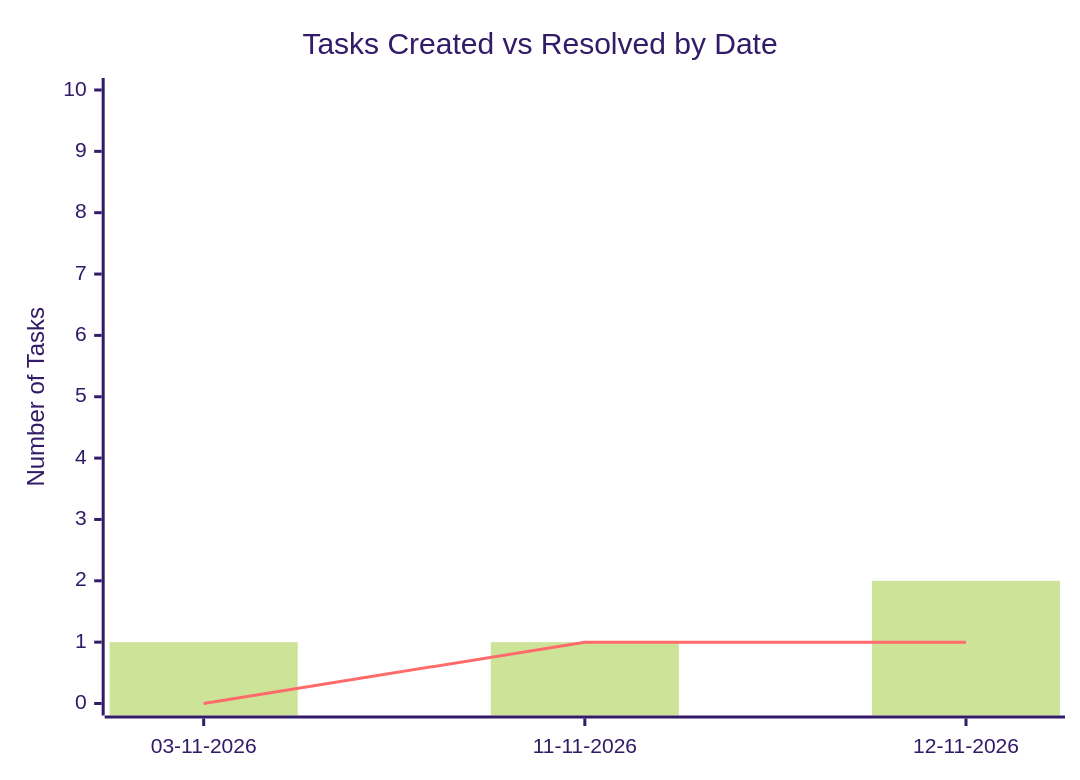
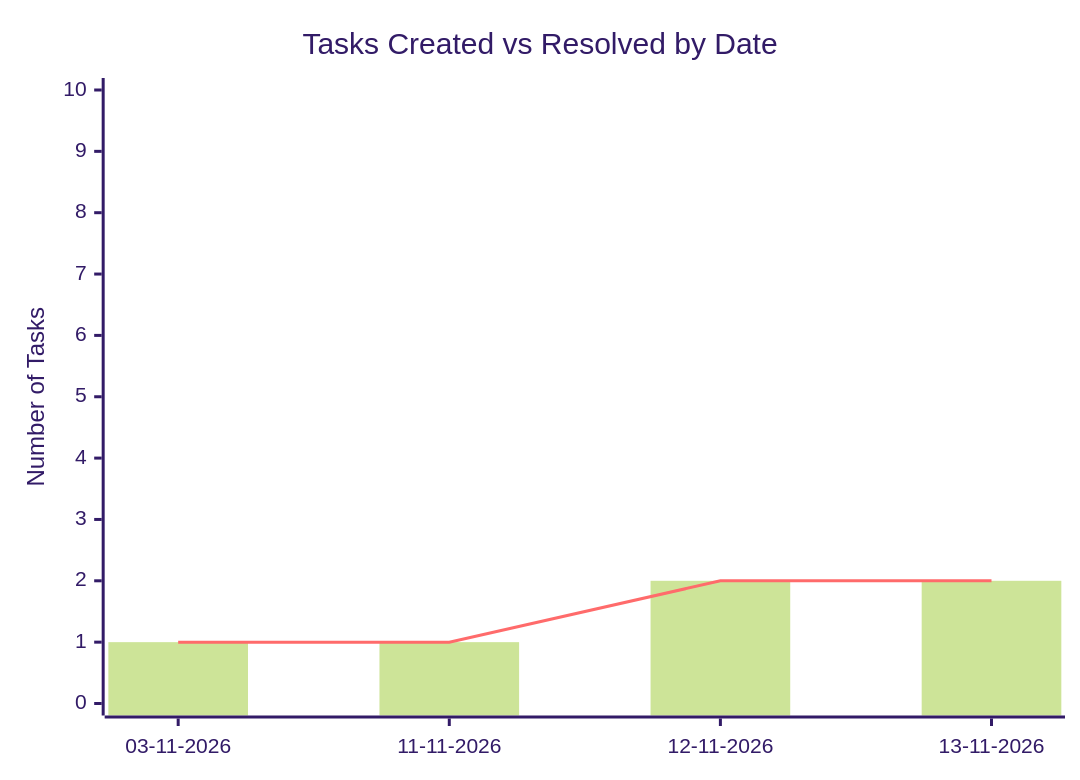
One commit to sagarms97/MyWorkDairy changed the second of 2 diagrams in Koha/Analytics.md. Above: the diagram before and after it, drawn with Mermaid (forest theme). The commit also changed other lines of this file and 4 other files, not shown here.

````diff
--- a/Koha/Analytics.md
+++ b/Koha/Analytics.md
@@ -26,8 +27,8 @@
 ```mermaid
 xychart-beta
     title "Tasks Created vs Resolved by Date"
-    x-axis ["03-11-2026", "11-11-2026", "12-11-2026"]
+    x-axis ["03-11-2026", "11-11-2026", "12-11-2026", "13-11-2026"]
     y-axis "Number of Tasks" 0 --> 10
-    bar [1, 1, 2]
-    line [0, 1, 1]
+    bar [1, 1, 2, 2]
+    line [1, 1, 2, 2]
 ```
````
